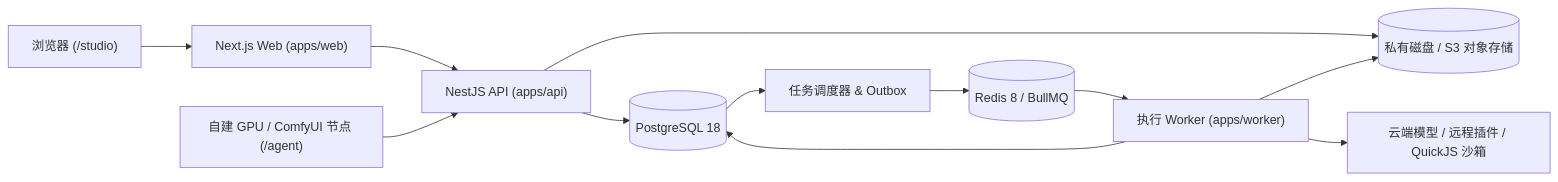
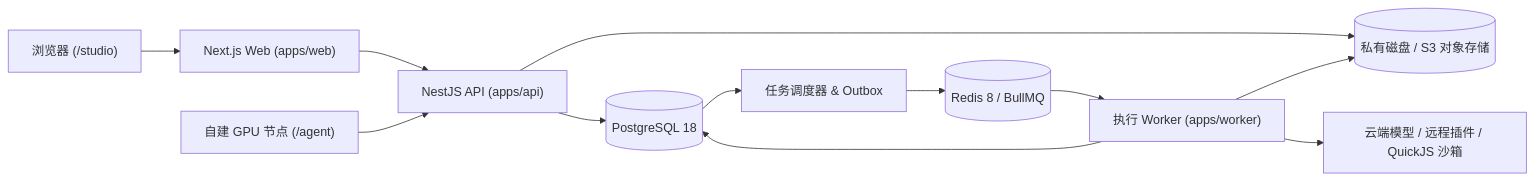
Before and after one commit to ninjaz0/fumiao: the second of 2 diagrams in README.md, drawn with Mermaid. The commit also changed other lines of this file and 36 other files, not shown here.

````diff
--- a/README.md
+++ b/README.md
@@ -314,14 +313,14 @@
 ```mermaid
 flowchart LR
   B["浏览器 (/studio)"] --> W["Next.js Web (apps/web)"]
   W --> A["NestJS API (apps/api)"]
   A --> P[("PostgreSQL 18")]
   A --> S[("私有磁盘 / S3 对象存储")]
   P --> D["任务调度器 & Outbox"]
   D --> R[("Redis 8 / BullMQ")]
   R --> E["执行 Worker (apps/worker)"]
   E --> P
   E --> S
   E --> M["云端模型 / 远程插件 / QuickJS 沙箱"]
-  G["自建 GPU / ComfyUI 节点 (/agent)"] --> A
+  G["自建 GPU 节点 (/agent)"] --> A
 ```
````
